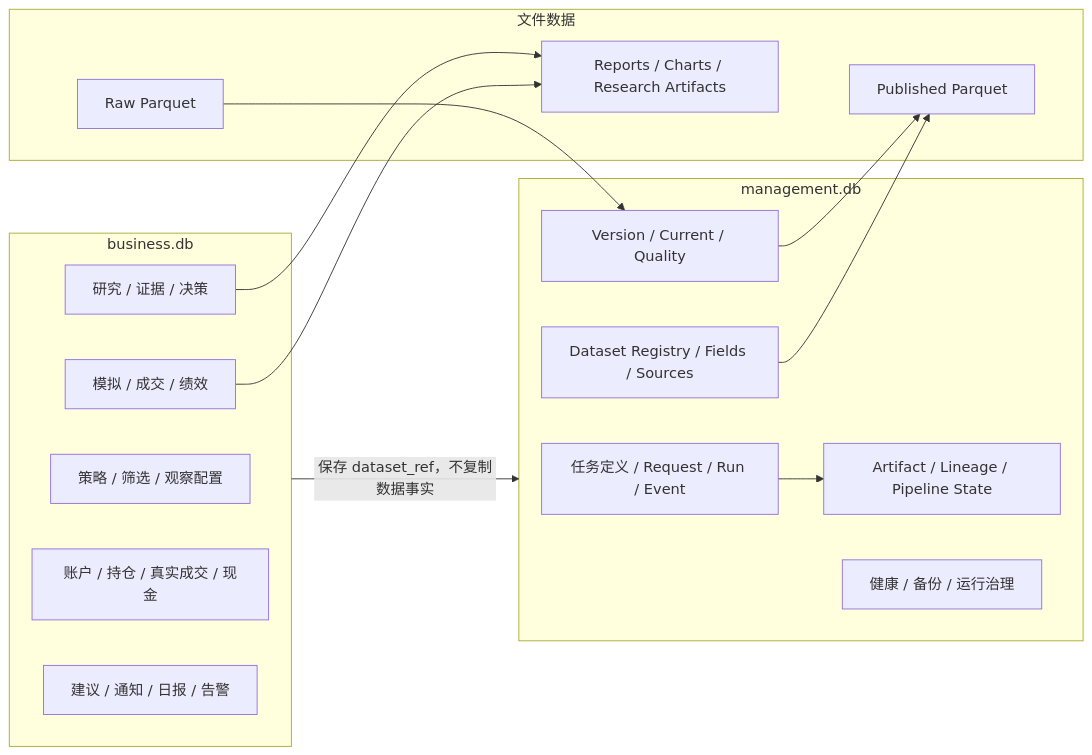
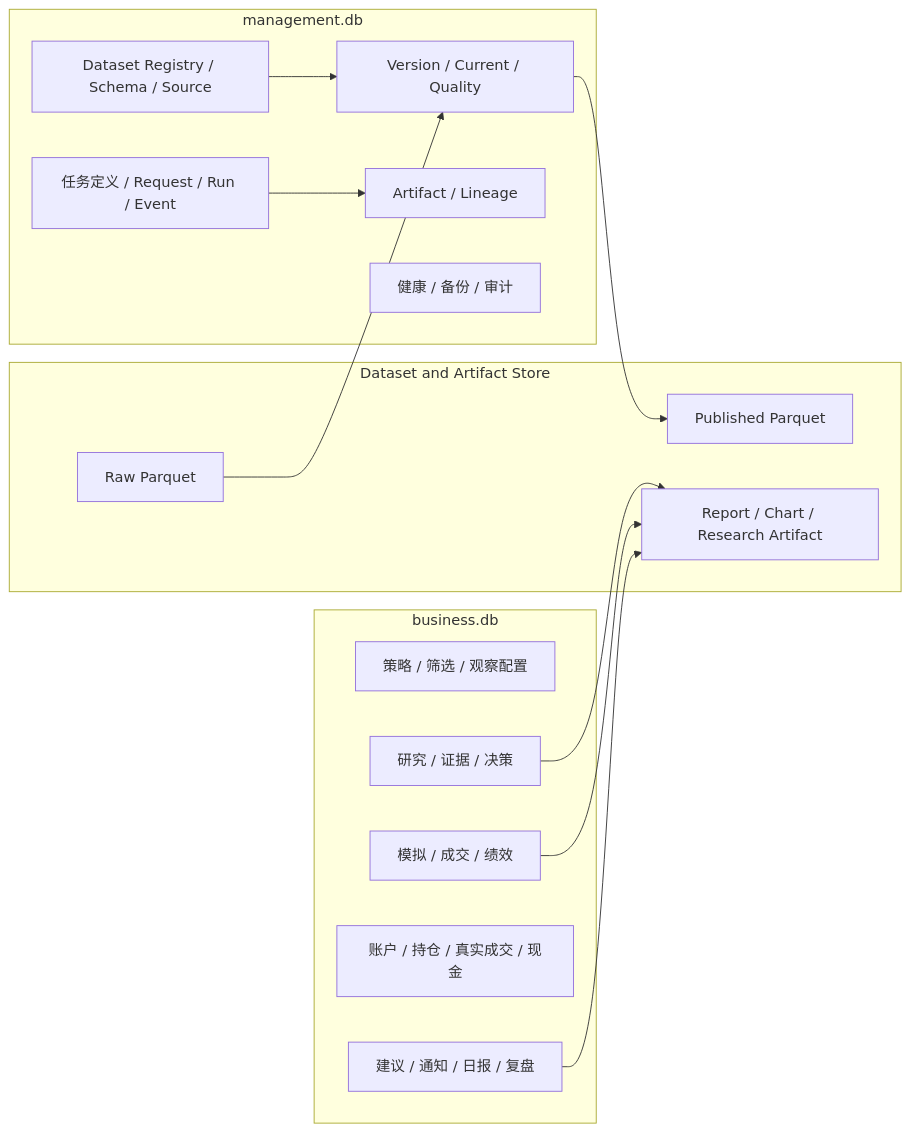
Before and after one commit to fewhg3yhjt/stock-data-analyse: the ninth of 10 diagrams in docs/TARGET_ARCHITECTURE.md, drawn with Mermaid. The commit also changed other lines of this file and 1 other file, not shown here.

Commit message:
docs: reset target architecture for new project

````diff
--- a/docs/TARGET_ARCHITECTURE.md
+++ b/docs/TARGET_ARCHITECTURE.md
@@ -547,29 +564,29 @@
 ```mermaid
 flowchart LR
-    subgraph BusinessDB[business.db]
-        CONFIG[策略 / 筛选 / 观察配置]
-        RESEARCH[研究 / 证据 / 决策]
-        SIM[模拟 / 成交 / 绩效]
-        TRADE[账户 / 持仓 / 真实成交 / 现金]
-        NOTICE[建议 / 通知 / 日报 / 告警]
+    subgraph Business[business.db]
+        BCONFIG[策略 / 筛选 / 观察配置]
+        BRESEARCH[研究 / 证据 / 决策]
+        BSIM[模拟 / 成交 / 绩效]
+        BTRADE[账户 / 持仓 / 真实成交 / 现金]
+        BNOTICE[建议 / 通知 / 日报 / 复盘]
     end
-    subgraph ManagementDB[management.db]
+    subgraph Platform[management.db]
         TASK[任务定义 / Request / Run / Event]
-        DATASET[Dataset Registry / Fields / Sources]
+        DATA[Dataset Registry / Schema / Source]
         VERSION[Version / Current / Quality]
-        LINEAGE[Artifact / Lineage / Pipeline State]
-        OPS[健康 / 备份 / 运行治理]
+        LINEAGE[Artifact / Lineage]
+        HEALTH[健康 / 备份 / 审计]
     end
-    subgraph Files[文件数据]
+    subgraph Files[Dataset and Artifact Store]
         RAW[Raw Parquet]
         PUB[Published Parquet]
-        ART[Reports / Charts / Research Artifacts]
+        ART[Report / Chart / Research Artifact]
     end
     TASK --> LINEAGE
+    DATA --> VERSION
     VERSION --> PUB
-    DATASET --> PUB
     RAW --> VERSION
-    BusinessDB -->|保存 dataset_ref，不复制数据事实| ManagementDB
-    RESEARCH --> ART
-    SIM --> ART
+    BRESEARCH --> ART
+    BSIM --> ART
+    BNOTICE --> ART
 ```
````
